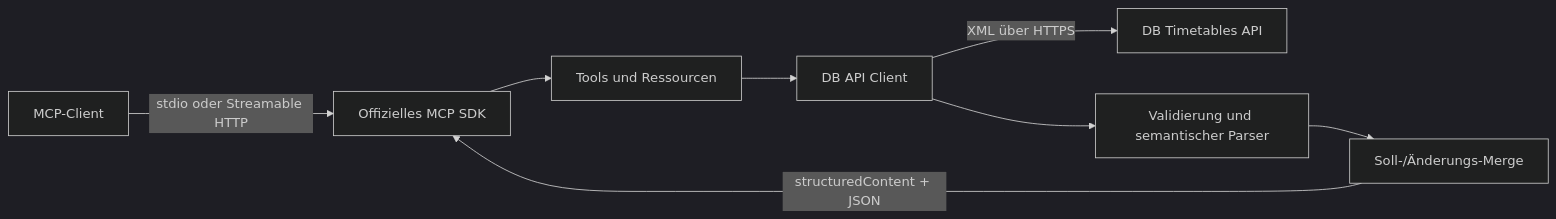
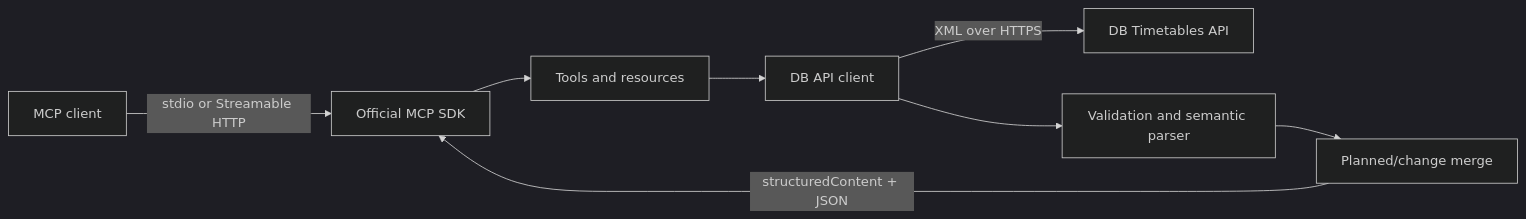
Before and after one commit to jorekai/db-timetable-mcp: the diagram in docs/architecture.md, drawn with Mermaid (dark theme). The commit also changed other lines of this file and 8 other files, not shown here.

````diff
--- a/docs/architecture.md
+++ b/docs/architecture.md
@@ -3,10 +3,10 @@
 ```mermaid
 flowchart LR
-    Client["MCP-Client"] -->|"stdio oder Streamable HTTP"| Server["Offizielles MCP SDK"]
-    Server --> Tools["Tools und Ressourcen"]
-    Tools --> API["DB API Client"]
-    API -->|"XML über HTTPS"| DB["DB Timetables API"]
-    API --> Parser["Validierung und semantischer Parser"]
-    Parser --> Merge["Soll-/Änderungs-Merge"]
+    Client["MCP client"] -->|"stdio or Streamable HTTP"| Server["Official MCP SDK"]
+    Server --> Tools["Tools and resources"]
+    Tools --> API["DB API client"]
+    API -->|"XML over HTTPS"| DB["DB Timetables API"]
+    API --> Parser["Validation and semantic parser"]
+    Parser --> Merge["Planned/change merge"]
     Merge -->|"structuredContent + JSON"| Server
 ```
````
